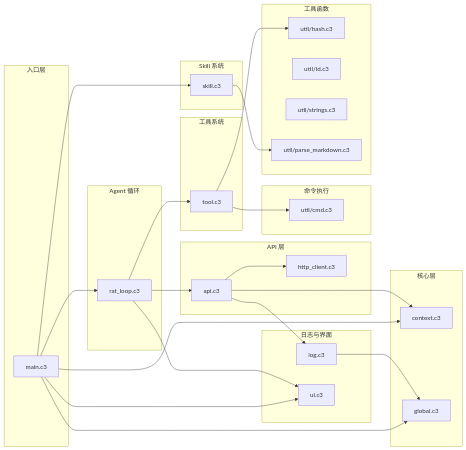
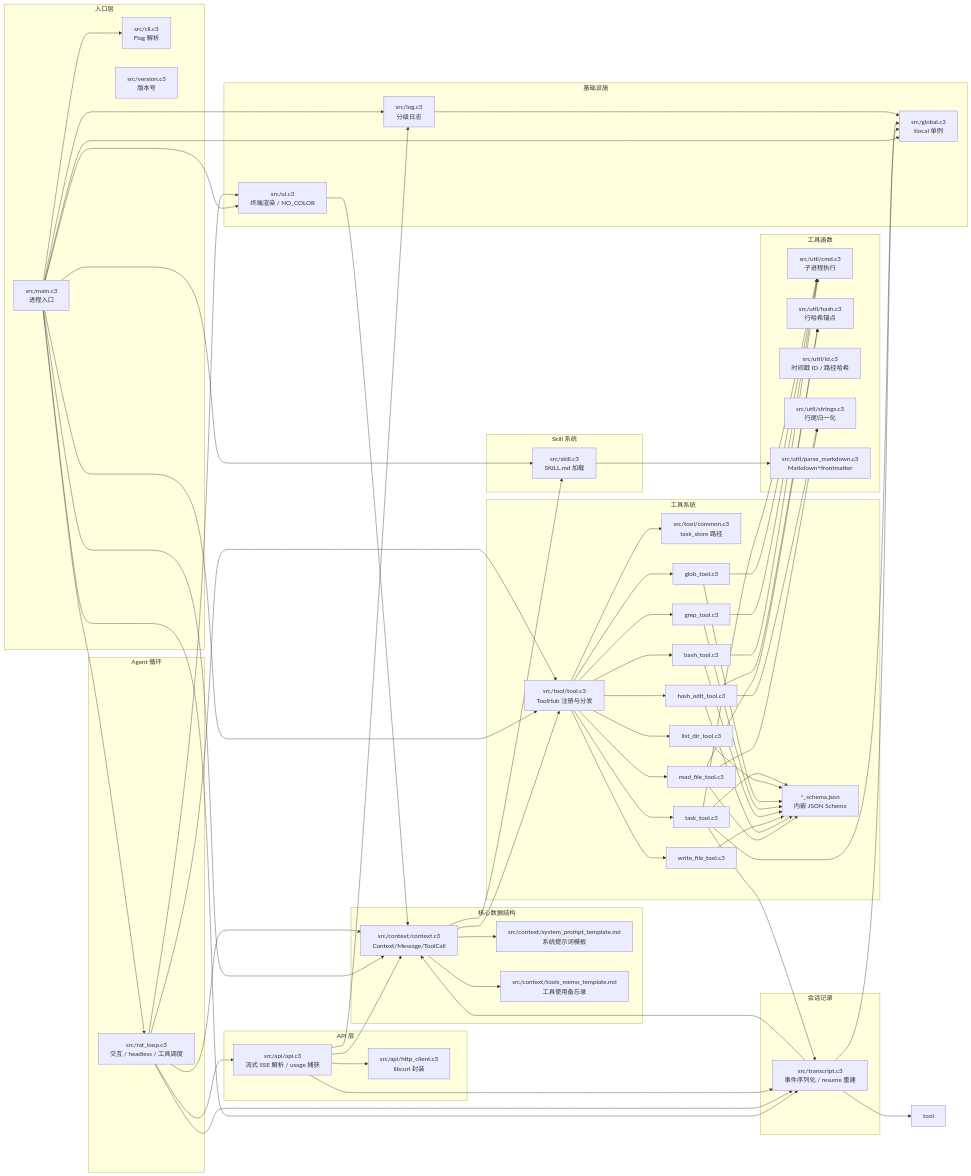
Before and after one commit to yuekcc/mini-pi: the first of 6 diagrams in docs/arch.md, drawn with Mermaid. The commit also changed other lines of this file and 1 other file, not shown here.

````diff
--- a/docs/arch.md
+++ b/docs/arch.md
@@ -63,65 +17,102 @@
 ```mermaid
 flowchart LR
     subgraph Entry["入口层"]
-        main["main.c3"]
+        main["src/main.c3<br/>进程入口"]
+        cli["src/cli.c3<br/>Flag 解析"]
+        version["src/version.c3<br/>版本号"]
     end
 
-    subgraph Core["核心层"]
-        ctx["context.c3"]
-        global["global.c3"]
+    subgraph Loop["Agent 循环"]
+        rat["src/rat_loop.c3<br/>交互 / headless / 工具调度"]
     end
 
-    subgraph LogUI["日志与界面"]
-        log["log.c3"]
-        ui["ui.c3"]
+    subgraph Core["核心数据结构"]
+        context["src/context/context.c3<br/>Context/Message/ToolCall"]
+        sys_tpl["src/context/system_prompt_template.md<br/>系统提示词模板"]
+        tools_memo["src/context/tools_memo_template.md<br/>工具使用备忘录"]
+    end
+
+    subgraph API["API 层"]
+        api["src/api/api.c3<br/>流式 SSE 解析 / usage 捕获"]
+        http["src/api/http_client.c3<br/>libcurl 封装"]
+    end
+
+    subgraph Tools["工具系统"]
+        hub["src/tool/tool.c3<br/>ToolHub 注册与分发"]
+        common["src/tool/common.c3<br/>task_store 路径"]
+        t_read["read_file_tool.c3"]
+        t_hash["hash_edit_tool.c3"]
+        t_write["write_file_tool.c3"]
+        t_bash["bash_tool.c3"]
+        t_grep["grep_tool.c3"]
+        t_glob["glob_tool.c3"]
+        t_ls["list_dir_tool.c3"]
+        t_task["task_tool.c3"]
+        schemas["*_schema.json<br/>内嵌 JSON Schema"]
     end
 
     subgraph SkillSys["Skill 系统"]
-        skill["skill.c3"]
+        skill["src/skill.c3<br/>SKILL.md 加载"]
     end
 
-    subgraph Loop["Agent 循环"]
-        run["rat_loop.c3"]
+    subgraph Transcript["会话记录"]
+        trans["src/transcript.c3<br/>事件序列化 / resume 重建"]
     end
 
-    subgraph API["API 层"]
-        completions["api.c3"]
-        client["http_client.c3"]
+    subgraph Util["工具函数"]
+        u_cmd["src/util/cmd.c3<br/>子进程执行"]
+        u_hash["src/util/hash.c3<br/>行哈希锚点"]
+        u_id["src/util/id.c3<br/>时间戳 ID / 路径哈希"]
+        u_str["src/util/strings.c3<br/>行尾归一化"]
+        u_md["src/util/parse_markdown.c3<br/>Markdown+frontmatter"]
     end
 
-    subgraph Tools["工具系统"]
-        hub["tool.c3"]
+    subgraph Infra["基础设施"]
+        g["src/global.c3<br/>tlocal 单例"]
+        log["src/log.c3<br/>分级日志"]
+        ui["src/ui.c3<br/>终端渲染 / NO_COLOR"]
     end
 
-    subgraph Cmd["命令执行"]
-        exec_cmd["util/cmd.c3"]
-    end
+    main --> cli
+    main --> g
+    main --> log
+    main --> ui
+    main --> skill
+    main --> hub
+    main --> context
+    main --> trans
+    main --> rat
 
-    subgraph Utils["工具函数"]
-        hash_mod["util/hash.c3"]
-        id_mod["util/id.c3"]
-        str_mod["util/strings.c3"]
-        md_mod["util/parse_markdown.c3"]
-    end
+    rat --> context
+    rat --> api
+    rat --> hub
+    rat --> trans
+    rat --> ui
 
-    main --> global
-    main --> ctx
-    main --> skill
-    main --> run
-    main --> ui
+    api --> context
+    api --> http
+    api --> trans
+    api --> log
 
-    skill --> md_mod
+    context --> sys_tpl
+    context --> tools_memo
+    context --> skill
+    context --> hub
 
-    run --> completions
-    run --> hub
-    run --> ui
+    hub --> common
+    hub --> t_read & t_hash & t_write & t_bash & t_grep & t_glob & t_ls & t_task
+    t_read & t_hash & t_write & t_bash & t_grep & t_glob & t_ls & t_task --> schemas
 
-    completions --> ctx
-    completions --> client
-    completions --> log
+    t_read & t_hash --> u_hash
+    t_read & t_hash --> u_str
+    t_bash & t_grep & t_glob & t_task --> u_cmd
+    t_task --> g
+    t_task --> trans
 
-    hub --> exec_cmd
-    hub --> hash_mod
-
-    log --> global
+    skill --> u_md
+    trans --> g
+    trans --> context
+    trans --> tool
+    log --> g
+    ui --> context
 ```
````
